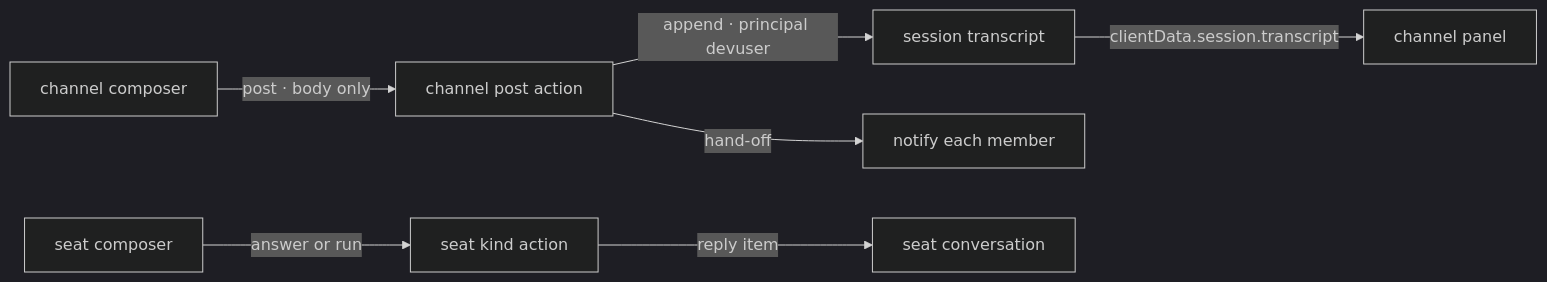
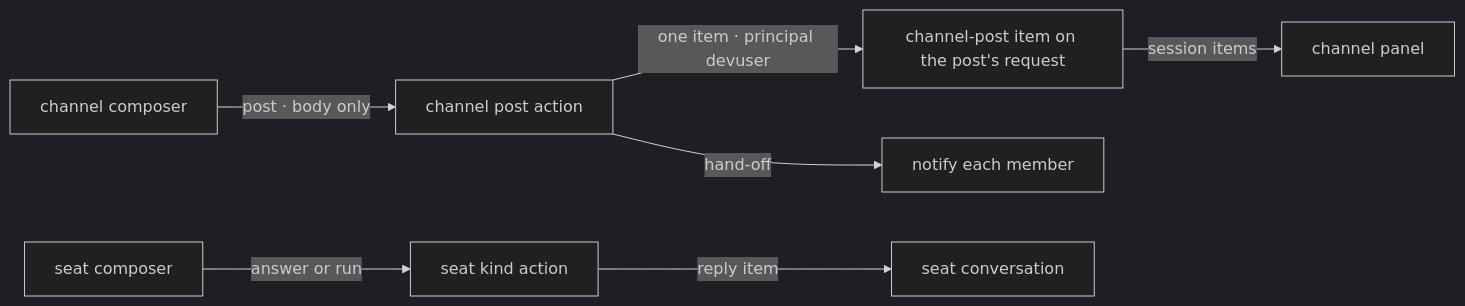
One commit to fixpoint-labs/flow-state-dev changed the diagram in specs/issues/FIX-1585/SPEC.md. Above: the diagram before and after it, drawn with Mermaid (dark theme). The commit also changed other lines of this file and 9 other files, not shown here.

````diff
--- a/specs/issues/FIX-1585/SPEC.md
+++ b/specs/issues/FIX-1585/SPEC.md
@@ -55,9 +57,9 @@
 ```mermaid
 flowchart LR
   B["channel composer"] -->|"post · body only"| P["channel post action"]
-  P -->|"append · principal devuser"| T["session transcript"]
+  P -->|"one item · principal devuser"| T["channel-post item on the post's request"]
   P -->|"hand-off"| N["notify each member"]
-  T -->|"clientData.session.transcript"| V["channel panel"]
+  T -->|"session items"| V["channel panel"]
   S["seat composer"] -->|"answer or run"| K["seat kind action"]
   K -->|"reply item"| R["seat conversation"]
 ```
````
